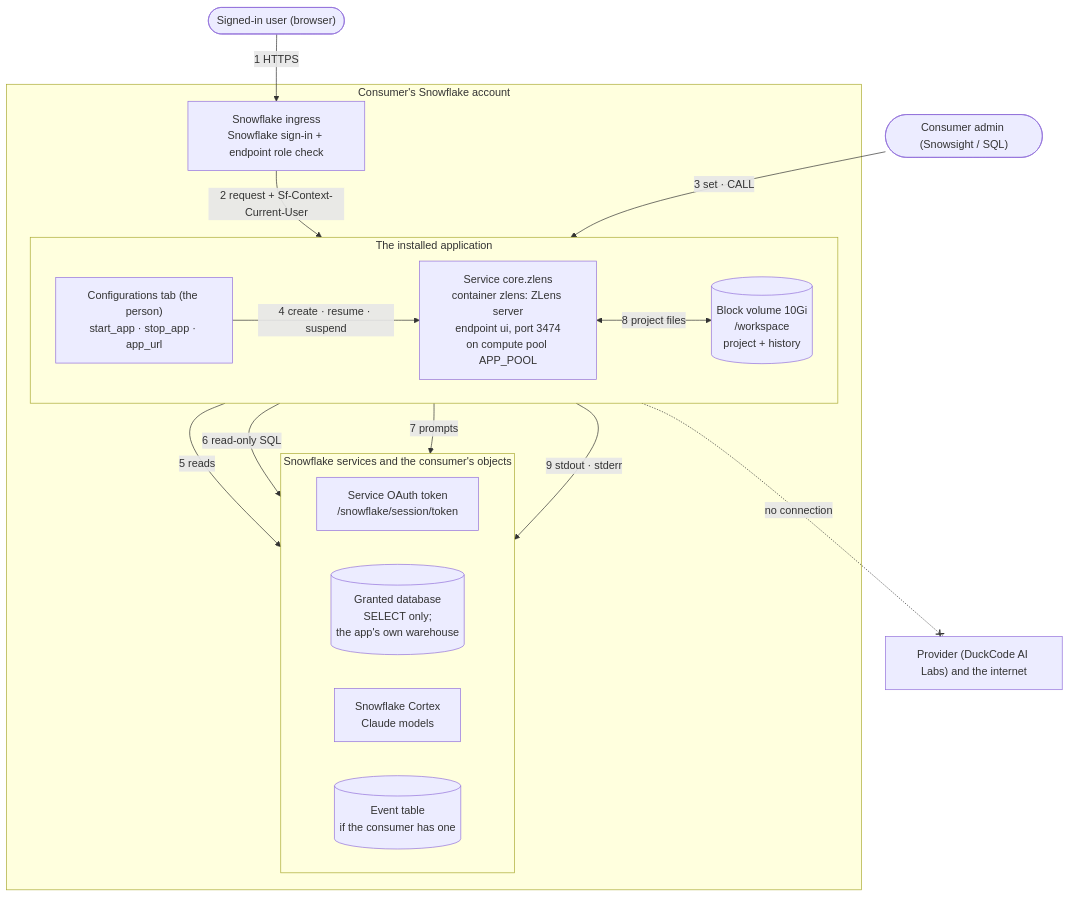
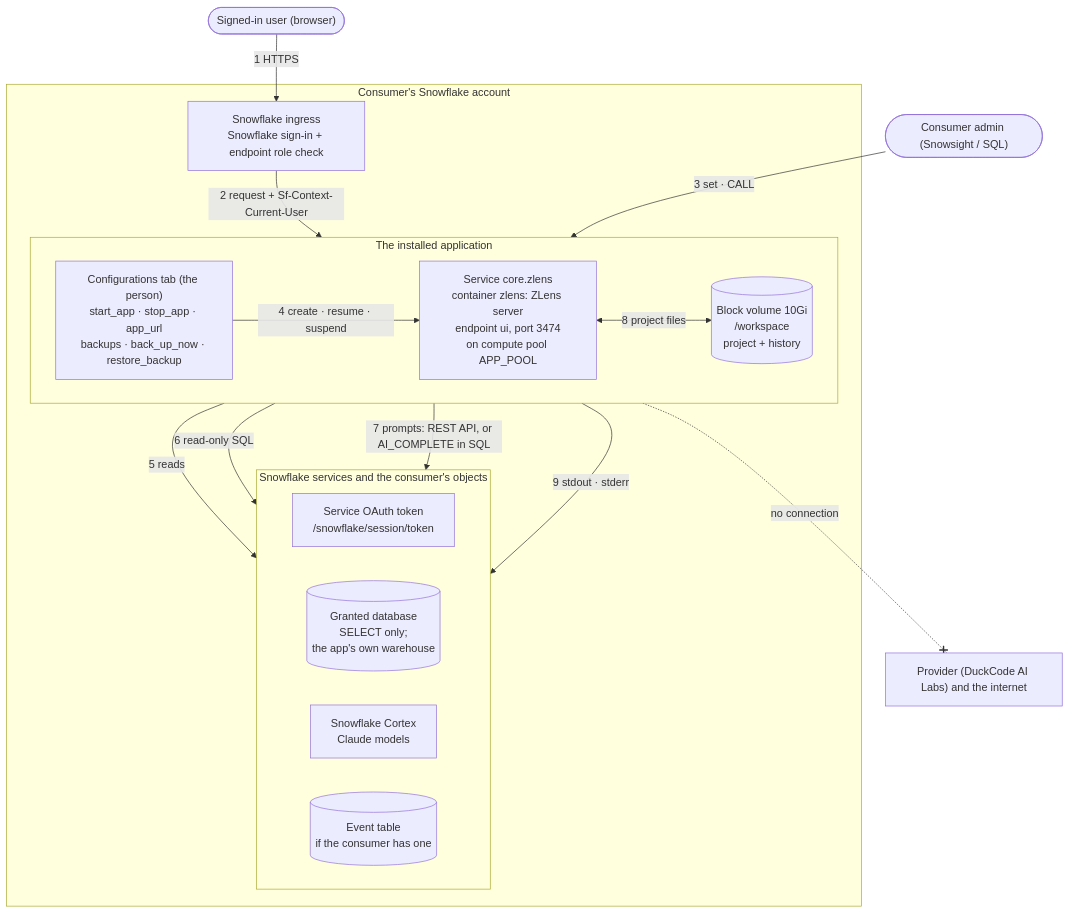
Before and after one commit to duckcode-ai-labs/zlens: the diagram in deploy/snowflake-app/ARCHITECTURE.md, drawn with Mermaid. The commit also changed other lines of this file and 47 other files, not shown here.

````diff
--- a/deploy/snowflake-app/ARCHITECTURE.md
+++ b/deploy/snowflake-app/ARCHITECTURE.md
@@ -9,35 +10,35 @@
 ```mermaid
 flowchart TB
   person(["Signed-in user (browser)"])
   admin(["Consumer admin (Snowsight / SQL)"])
 
   subgraph consumer["Consumer's Snowflake account"]
     ingress["Snowflake ingress<br/>Snowflake sign-in + endpoint role check"]
     subgraph app["The installed application"]
       direction LR
-      procs["Configurations tab (the person)<br/>start_app · stop_app · app_url"]
+      procs["Configurations tab (the person)<br/>start_app · stop_app · app_url<br/>backups · back_up_now · restore_backup"]
       zlens["Service core.zlens<br/>container zlens: ZLens server<br/>endpoint ui, port 3474<br/>on compute pool APP_POOL"]
       volume[("Block volume 10Gi<br/>/workspace<br/>project + history")]
     end
     subgraph objects["Snowflake services and the consumer's objects"]
       direction LR
       token["Service OAuth token<br/>/snowflake/session/token"]
       data[("Granted database<br/>SELECT only;<br/>the app's own warehouse")]
       cortex["Snowflake Cortex<br/>Claude models"]
       events[("Event table<br/>if the consumer has one")]
     end
   end
 
   outside["Provider (DuckCode AI Labs) and the internet"]
 
   person -- "1 HTTPS" --> ingress
   ingress -- "2 request + Sf-Context-Current-User" --> zlens
   admin -- "3 set · CALL" --> procs
   procs -- "4 create · resume · suspend" --> zlens
   zlens -- "5 reads" --> token
   zlens -- "6 read-only SQL" --> data
-  zlens -- "7 prompts" --> cortex
+  zlens -- "7 prompts: REST API, or AI_COMPLETE in SQL" --> cortex
   zlens <-- "8 project files" --> volume
   zlens -- "9 stdout · stderr" --> events
   zlens -. "no connection" .-x outside
 ```
````
